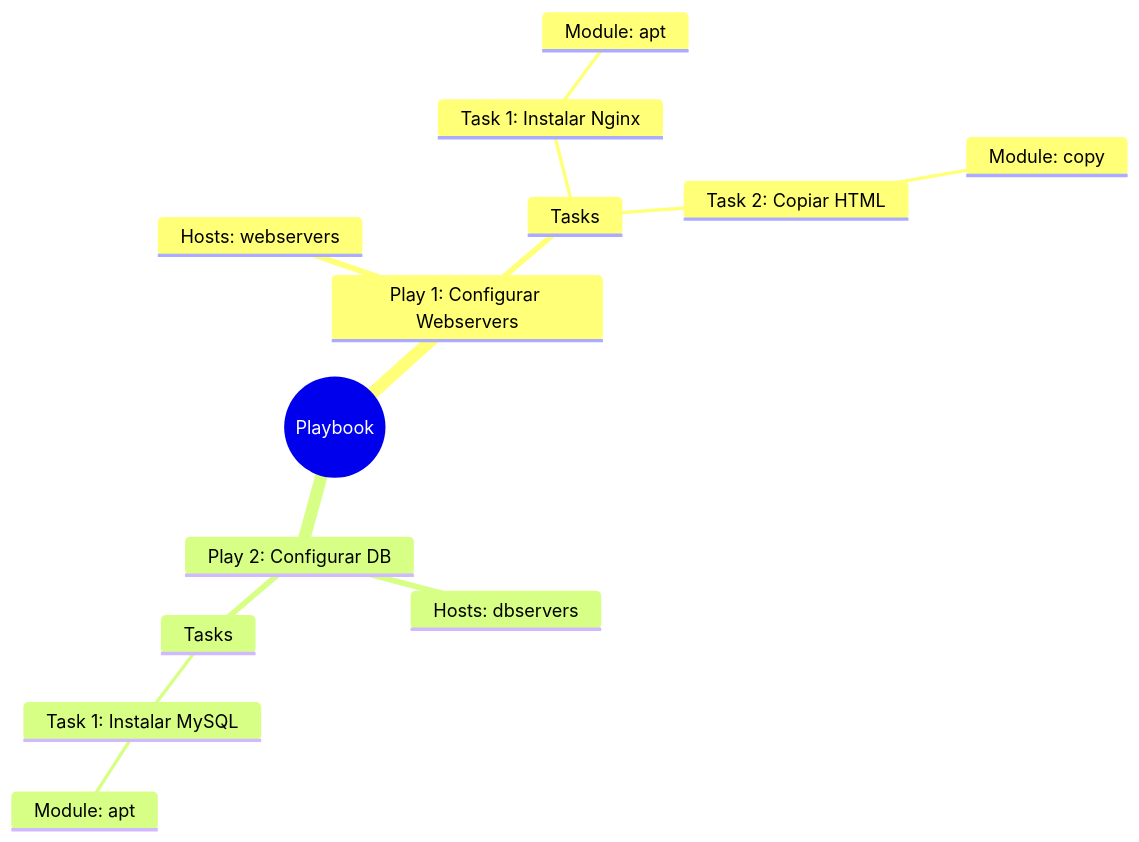
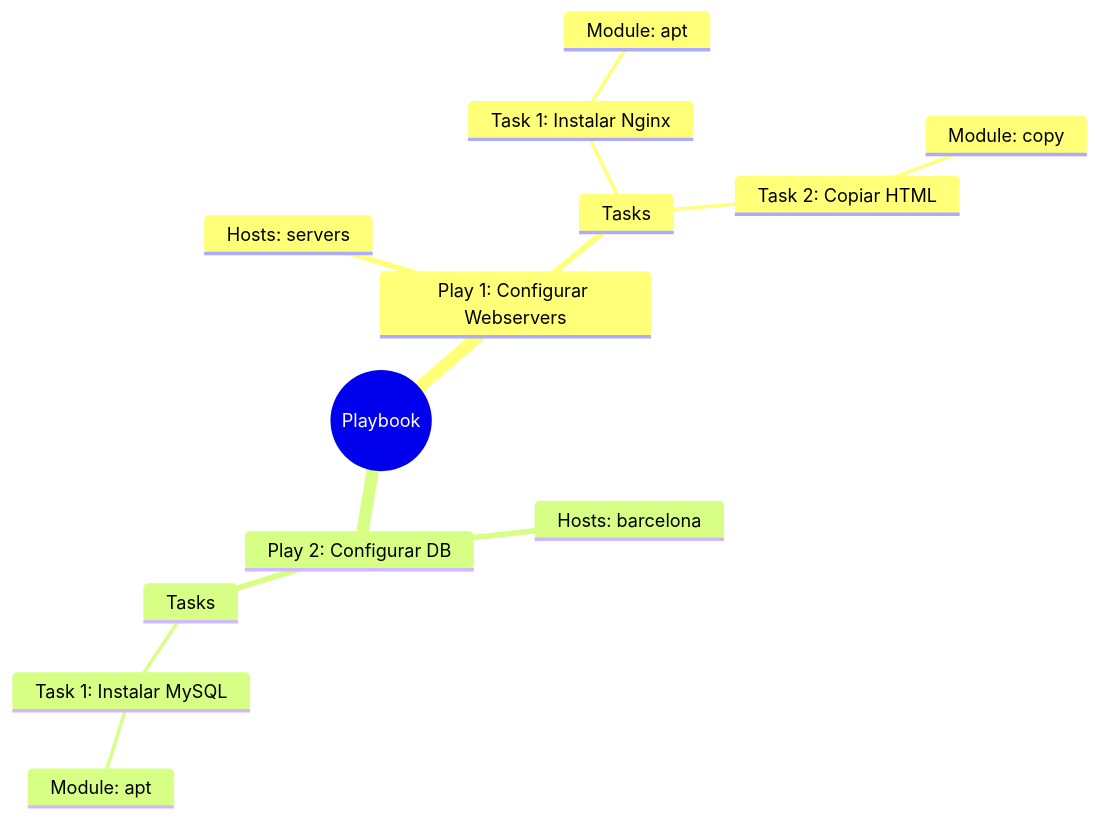
One commit to pabpereza/pabpereza changed the diagram in docs/cursos/ansible/103.Playbooks.md. Above: the diagram before and after it, drawn with Mermaid. The commit also changed other lines of this file and 12 other files, not shown here.

````diff
--- a/docs/cursos/ansible/103.Playbooks.md
+++ b/docs/cursos/ansible/103.Playbooks.md
@@ -107,16 +109,16 @@
 ```mermaid
 mindmap
   root((Playbook))
     Play 1: Configurar Webservers
-      Hosts: webservers
+      Hosts: servers
       Tasks
         Task 1: Instalar Nginx
           Module: apt
         Task 2: Copiar HTML
           Module: copy
     Play 2: Configurar DB
-      Hosts: dbservers
+      Hosts: barcelona
       Tasks
         Task 1: Instalar MySQL
           Module: apt
 ```
````
